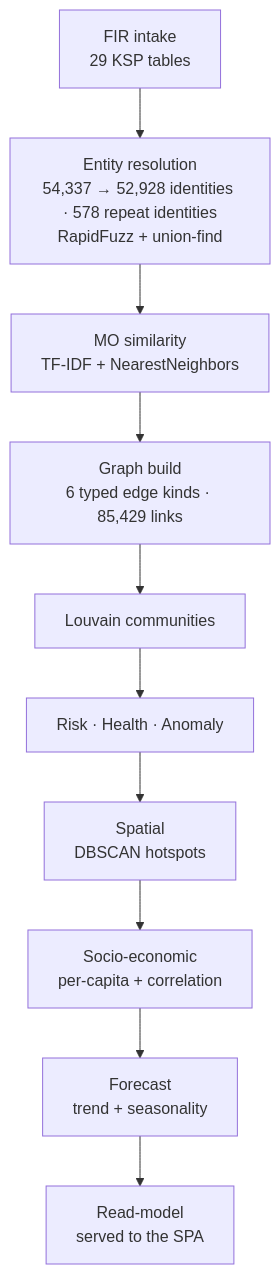
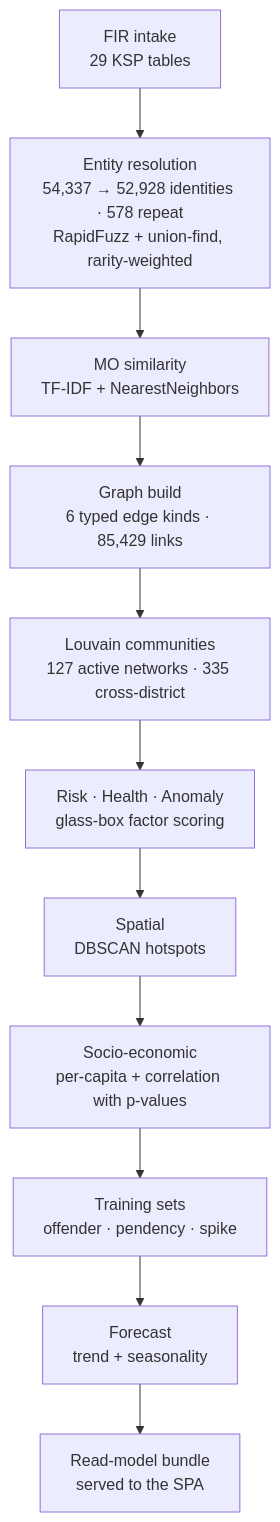
The third of 3 diagrams in README.md (adarshcod30/Kadi), drawn with Mermaid before and after one commit. The commit also changed other lines of this file, not shown here.

````diff
--- a/README.md
+++ b/README.md
@@ -269,12 +474,13 @@
 ```mermaid
 flowchart TD
-    A["FIR intake<br/>29 KSP tables"] --> B["Entity resolution<br/>54,337 → 52,928 identities · 578 repeat identities<br/>RapidFuzz + union-find"]
+    A["FIR intake<br/>29 KSP tables"] --> B["Entity resolution<br/>54,337 → 52,928 identities · 578 repeat<br/>RapidFuzz + union-find, rarity-weighted"]
     B --> C["MO similarity<br/>TF-IDF + NearestNeighbors"]
     C --> D["Graph build<br/>6 typed edge kinds · 85,429 links"]
-    D --> E["Louvain communities"]
-    E --> F["Risk · Health · Anomaly"]
+    D --> E["Louvain communities<br/>127 active networks · 335 cross-district"]
+    E --> F["Risk · Health · Anomaly<br/>glass-box factor scoring"]
     F --> G["Spatial<br/>DBSCAN hotspots"]
-    G --> H["Socio-economic<br/>per-capita + correlation"]
-    H --> I["Forecast<br/>trend + seasonality"]
-    I --> J["Read-model<br/>served to the SPA"]
+    G --> H["Socio-economic<br/>per-capita + correlation with p-values"]
+    H --> I["Training sets<br/>offender · pendency · spike"]
+    I --> J["Forecast<br/>trend + seasonality"]
+    J --> K["Read-model bundle<br/>served to the SPA"]
 ```
````
